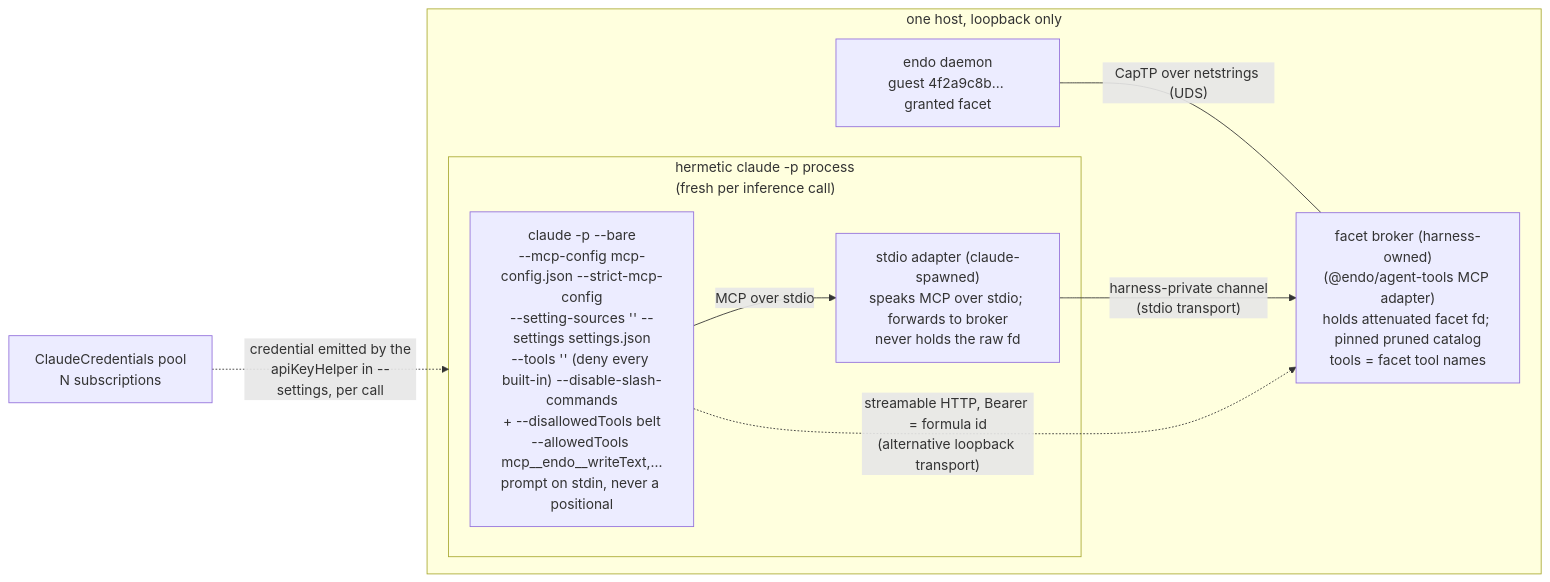
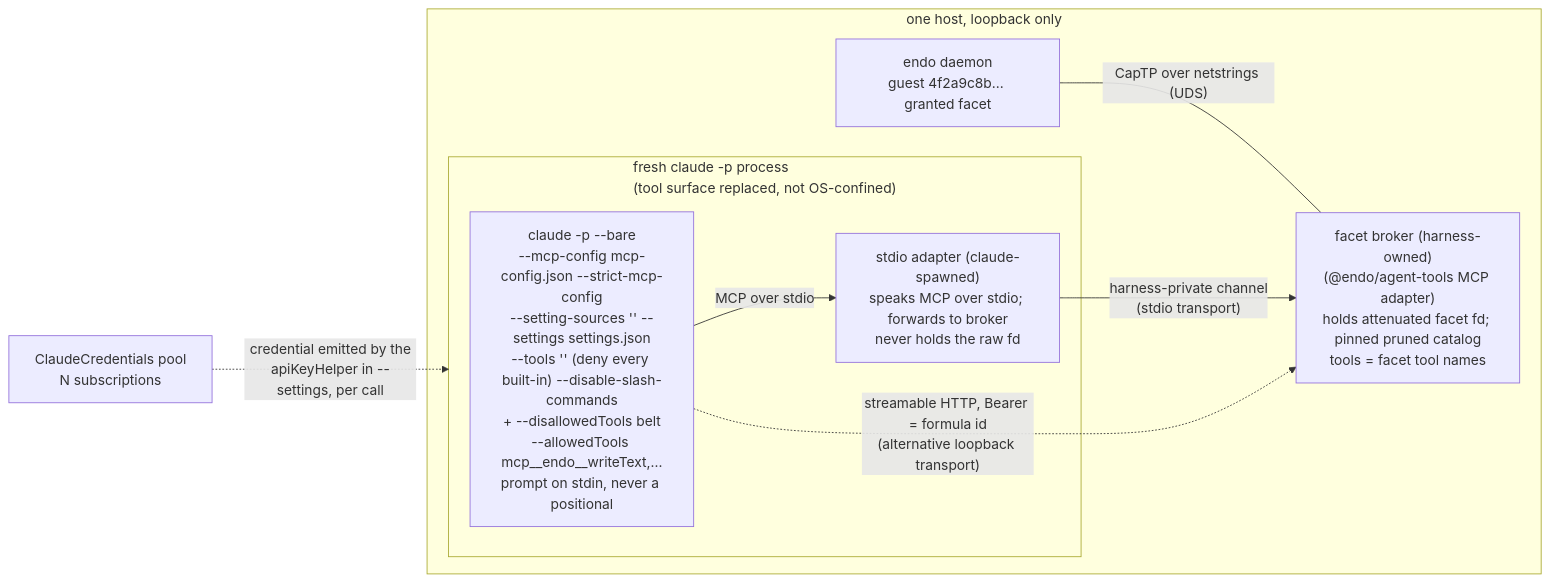
One commit to endojs/endo-but-for-bots changed the first of 2 diagrams in designs/endo-claude.md. Above: the diagram before and after it, drawn with Mermaid. The commit also changed other lines of this file and 1 other file, not shown here.

Commit message:
design(claude): specify bare CLI substitution boundary

````diff
--- a/designs/endo-claude.md
+++ b/designs/endo-claude.md
@@ -128,16 +287,16 @@
 ```mermaid
 flowchart LR
   subgraph host["one host, loopback only"]
     D["endo daemon<br/>guest 4f2a9c8b... granted facet"]
     B["facet broker (harness-owned)<br/>(@endo/agent-tools MCP adapter)<br/>holds attenuated facet fd; pinned pruned catalog<br/>tools = facet tool names"]
-    subgraph proc["hermetic claude -p process<br/>(fresh per inference call)"]
+    subgraph proc["fresh claude -p process<br/>(tool surface replaced, not OS-confined)"]
       C["claude -p --bare<br/>--mcp-config mcp-config.json --strict-mcp-config<br/>--setting-sources '' --settings settings.json<br/>--tools '' (deny every built-in) --disable-slash-commands<br/>+ --disallowedTools belt<br/>--allowedTools mcp__endo__writeText,...<br/>prompt on stdin, never a positional"]
       A["stdio adapter (claude-spawned)<br/>speaks MCP over stdio; forwards to broker<br/>never holds the raw fd"]
     end
     D ---|"CapTP over netstrings (UDS)"| B
     C -->|"MCP over stdio"| A
     A -->|"harness-private channel<br/>(stdio transport)"| B
     C -.->|"streamable HTTP, Bearer = formula id<br/>(alternative loopback transport)"| B
   end
   P["ClaudeCredentials pool<br/>N subscriptions"] -.->|"credential emitted by the<br/>apiKeyHelper in --settings, per call"| proc
 ```
````
